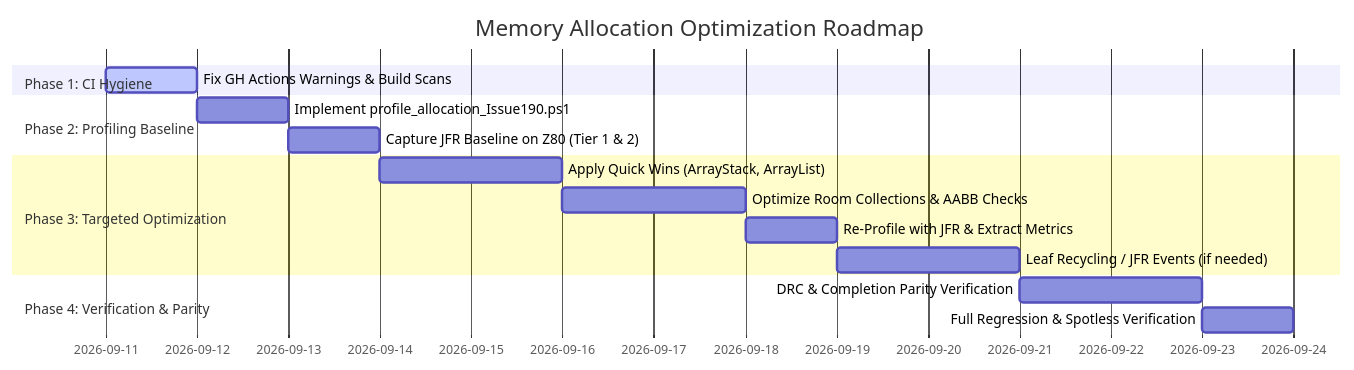
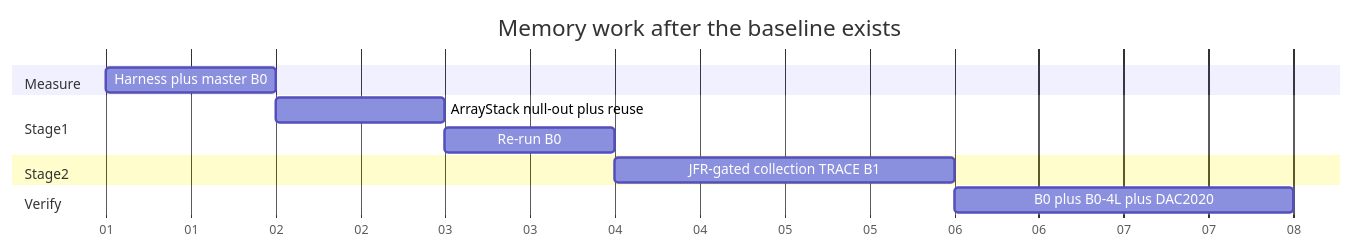
One commit to freerouting/freerouting changed the fourth of 4 diagrams in docs/research/memory_allocation_optimization_plan.md. Above: the diagram before and after it, drawn with Mermaid. The commit also changed other lines of this file, not shown here.

First line of the commit message:
docs: rewrite memory allocation plan with B0 baseline and thread-readiness

````diff
--- a/docs/research/memory_allocation_optimization_plan.md
+++ b/docs/research/memory_allocation_optimization_plan.md
@@ -338,18 +1116,15 @@
 ```mermaid
 gantt
-    title Memory Allocation Optimization Roadmap
-    dateFormat  YYYY-MM-DD
-    section Phase 1: CI Hygiene
-    Fix GH Actions Warnings & Build Scans    :active, 2026-09-11, 1d
-    section Phase 2: Profiling Baseline
-    Implement profile_allocation_Issue190.ps1: 2026-09-12, 1d
-    Capture JFR Baseline on Z80 (Tier 1 & 2): 2026-09-13, 1d
-    section Phase 3: Targeted Optimization
-    Apply Quick Wins (ArrayStack, ArrayList): 2026-09-14, 2d
-    Optimize Room Collections & AABB Checks: 2026-09-16, 2d
-    Re-Profile with JFR & Extract Metrics   : 2026-09-18, 1d
-    Leaf Recycling / JFR Events (if needed) : 2026-09-19, 2d
-    section Phase 4: Verification & Parity
-    DRC & Completion Parity Verification    :2026-09-21, 2d
-    Full Regression & Spotless Verification :2026-09-23, 1d
+    title Memory work after the baseline exists
+    dateFormat YYYY-MM-DD
+    axisFormat %d
+    section Measure
+    Harness plus master B0             :a1, 2026-01-01, 1d
+    section Stage1
+    ArrayStack null-out plus reuse     :a2, after a1, 1d
+    Re-run B0                          :a3, after a2, 1d
+    section Stage2
+    JFR-gated collection TRACE B1      :a4, after a3, 2d
+    section Verify
+    B0 plus B0-4L plus DAC2020         :a5, after a4, 2d
 ```
````
